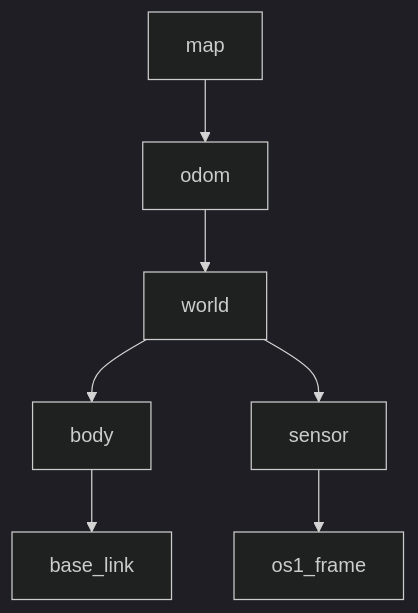
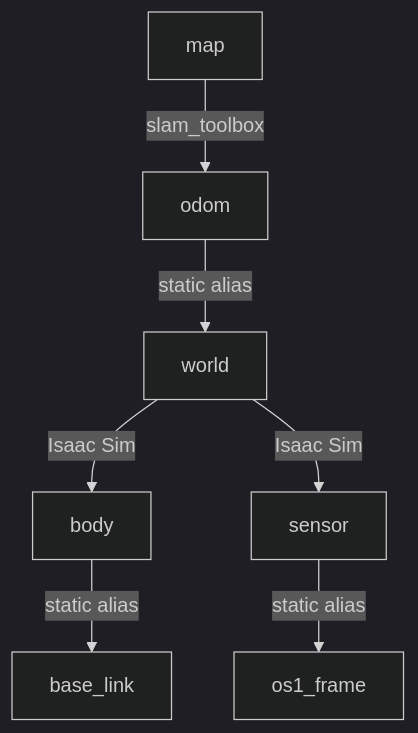
Before and after one commit to AesZee/isaacsim6_SpatialIntelligence_Spot: the second of 2 diagrams in isaacsim_spatial_pipeline/docs/final_portfolio.md, drawn with Mermaid (dark theme). The commit also changed other lines of this file, not shown here.

````diff
--- a/isaacsim_spatial_pipeline/docs/final_portfolio.md
+++ b/isaacsim_spatial_pipeline/docs/final_portfolio.md
@@ -35,9 +42,9 @@
 ```mermaid
 flowchart TD
-    map --> odom
-    odom --> world
-    world --> body
-    body --> base_link
-    world --> sensor
-    sensor --> os1_frame
+    map -->|slam_toolbox| odom
+    odom -->|static alias| world
+    world -->|Isaac Sim| body
+    body -->|static alias| base_link
+    world -->|Isaac Sim| sensor
+    sensor -->|static alias| os1_frame
 ```
````
